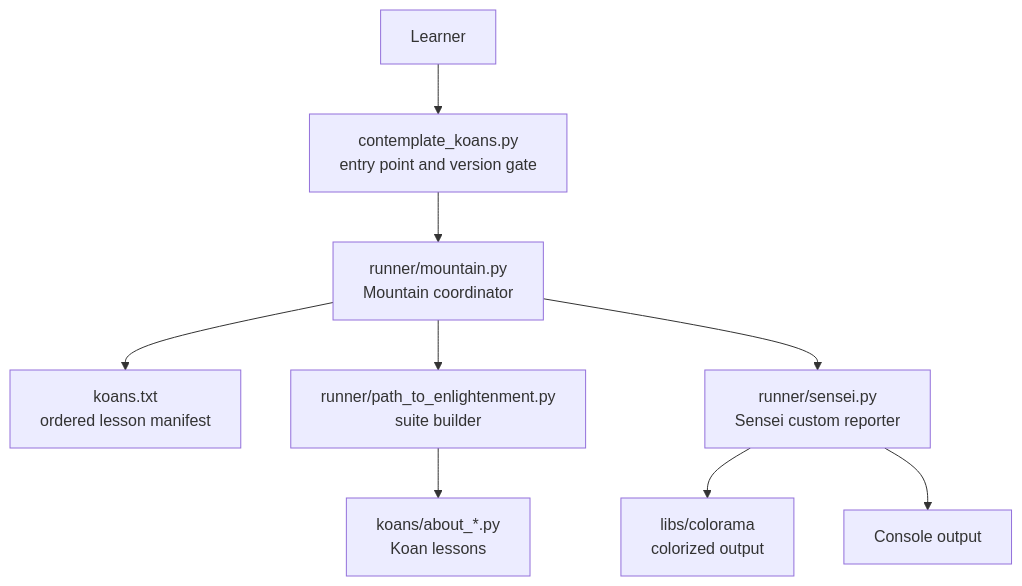
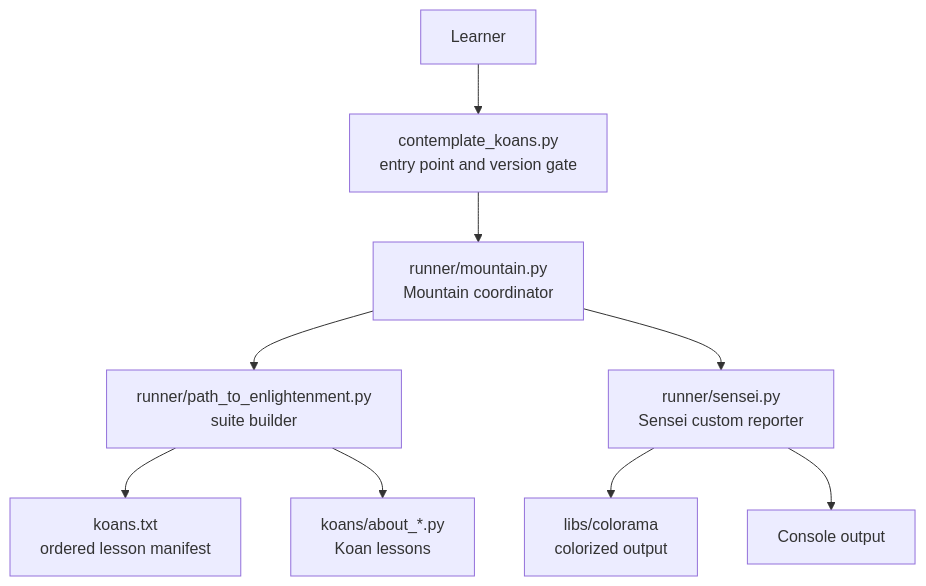
The first of 2 diagrams in README.md (lakshya-blitzy/Test_Case_4_Nested_Submodule_Donot_use_main), drawn with Mermaid before and after one commit. The commit also changed other lines of this file and 2 other files, not shown here.

````diff
--- a/README.md
+++ b/README.md
@@ -314,11 +352,11 @@
 ```mermaid
 graph TD
     A[Learner] --> B[contemplate_koans.py<br/>entry point and version gate]
     B --> C[runner/mountain.py<br/>Mountain coordinator]
-    C --> D[koans.txt<br/>ordered lesson manifest]
     C --> E[runner/path_to_enlightenment.py<br/>suite builder]
+    E --> D[koans.txt<br/>ordered lesson manifest]
     E --> F[koans/about_*.py<br/>Koan lessons]
     C --> G[runner/sensei.py<br/>Sensei custom reporter]
     G --> H[libs/colorama<br/>colorized output]
     G --> I[Console output]
 ```
````
